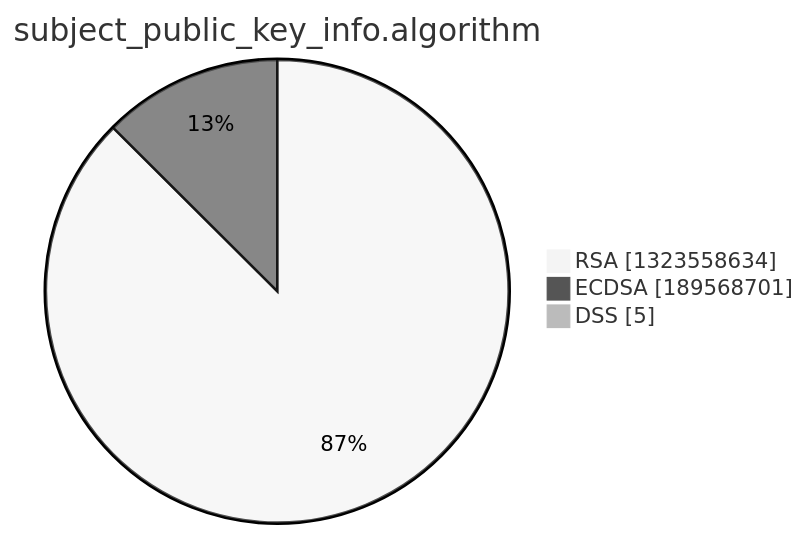
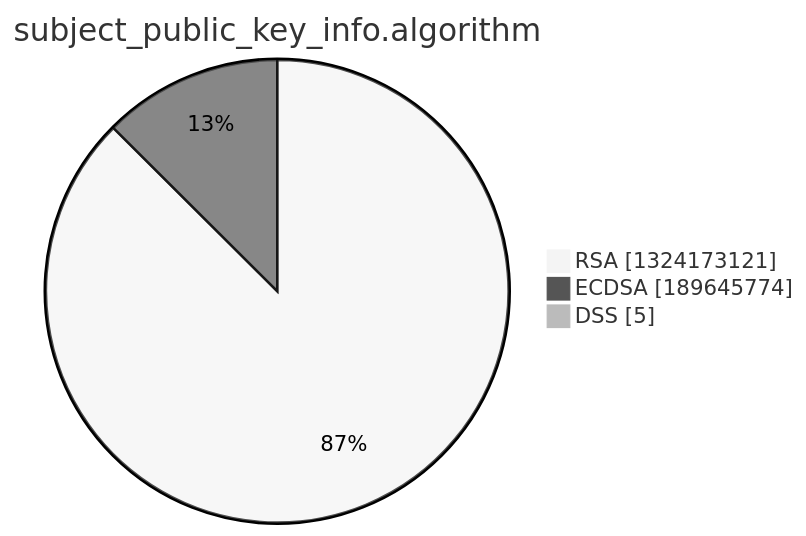
One commit to christiankrug/ctmonitor_visualization changed the third of 15 diagrams in xenon2022/README.md. Above: the diagram before and after it, drawn with Mermaid (neutral theme). The commit also changed other lines of this file, not shown here.

````diff
--- a/xenon2022/README.md
+++ b/xenon2022/README.md
@@ -14,7 +14,7 @@
 ```mermaid
 pie showData
 title subject_public_key_info.algorithm
-"RSA" :1323558634
-"ECDSA" :189568701
+"RSA" :1324173121
+"ECDSA" :189645774
 "DSS" :5
 ```
````
